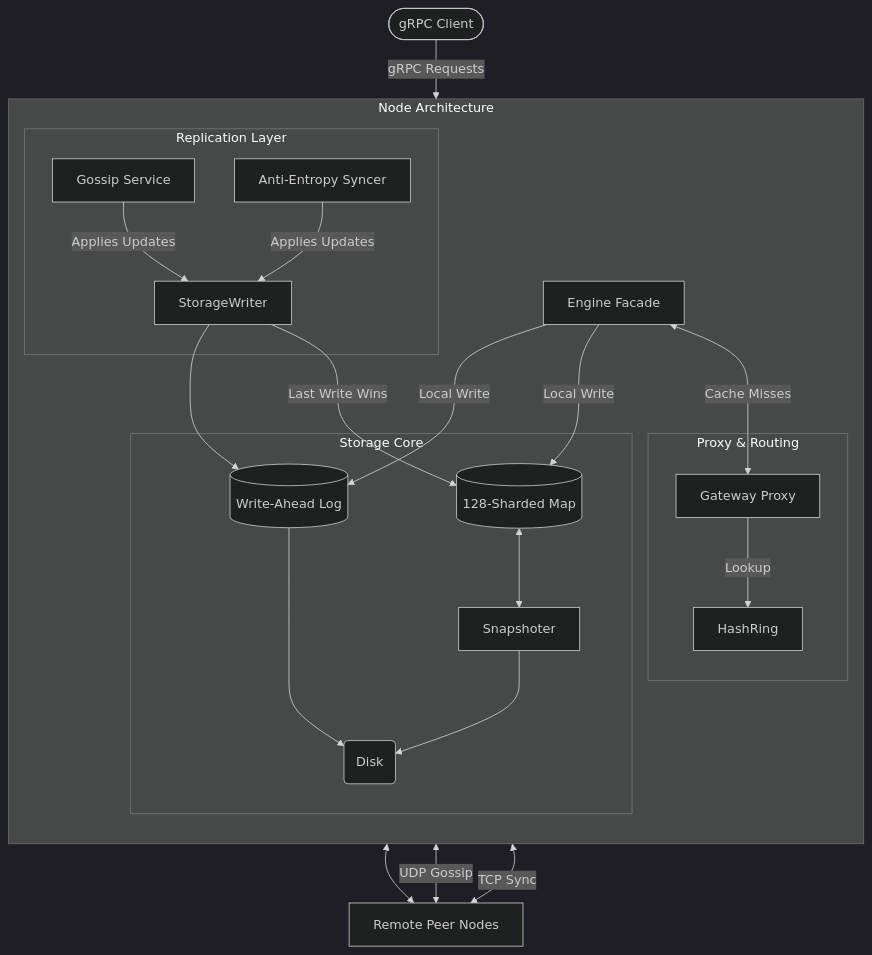
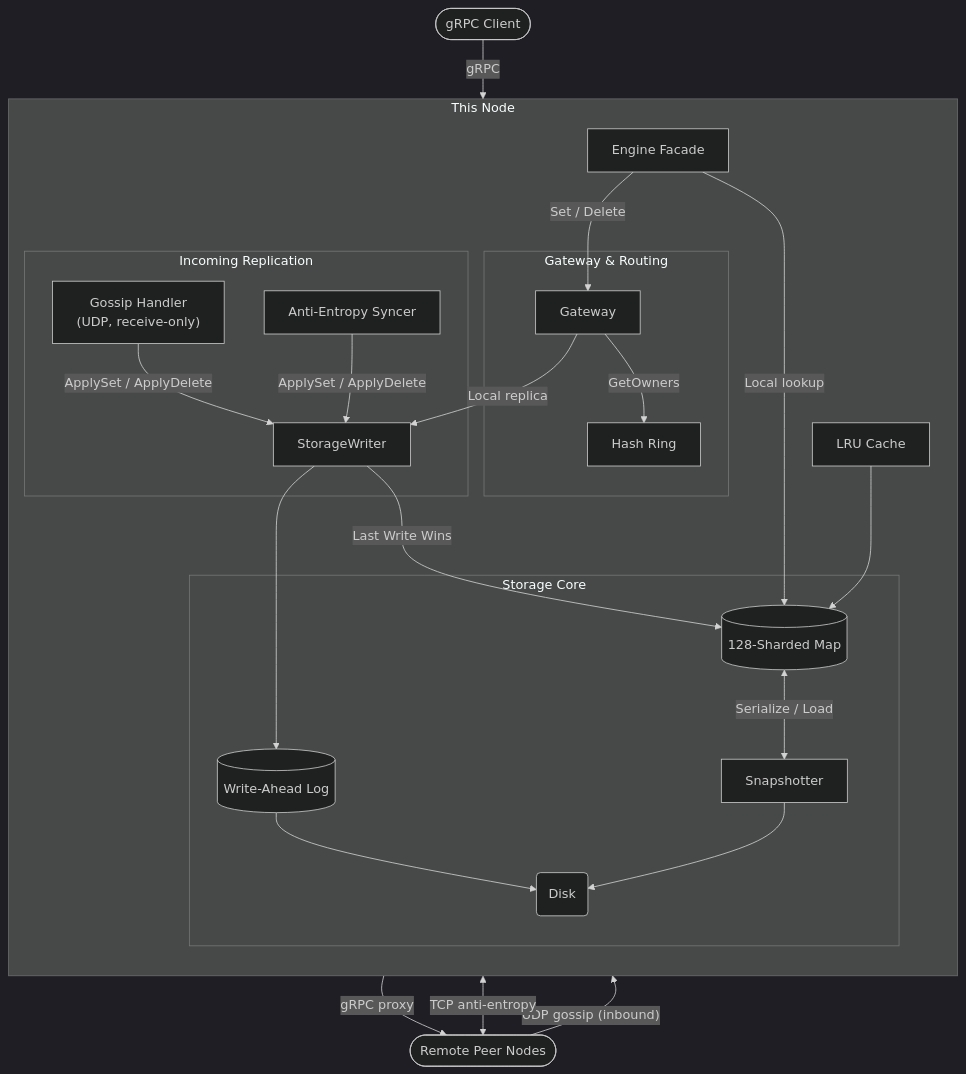
Before and after one commit to RoseWrightdev/dkv: the first of 3 diagrams in README.md, drawn with Mermaid (dark theme). The commit also changed other lines of this file, not shown here.

````diff
--- a/README.md
+++ b/README.md
@@ -19,44 +19,48 @@
 ```mermaid
 flowchart TD
-    Client([gRPC Client]) -->|gRPC Requests| Engine[Engine Facade]
-    
-    subgraph DKVNode[Node Architecture]
+    Client([gRPC Client]) -->|gRPC| Engine[Engine Facade]
+
+    subgraph Node[This Node]
         direction TB
-        
+
         subgraph Storage[Storage Core]
-            Disk(Disk)
-            Snapshot[Snapshoter]
             WAL[(Write-Ahead Log)]
             ShardedMap[(128-Sharded Map)]
+            Snapshot[Snapshotter]
+            Disk(Disk)
         end
-        
-        subgraph Routing[Proxy & Routing]
-            Gateway[Gateway Proxy]
-            Ring[HashRing]
+
+        subgraph Routing[Gateway & Routing]
+            Gateway[Gateway]
+            Ring[Hash Ring]
         end
-        
-        subgraph Replication[Replication Layer]
-            Gossip[Gossip Service]
+
+        subgraph Replication[Incoming Replication]
+            Gossip["Gossip Handler\n(UDP, receive-only)"]
             Syncer[Anti-Entropy Syncer]
             Writer[StorageWriter]
         end
-        
-        %% Internal Data Flow
+
+        Engine -->|"Set / Delete"| Gateway
+        Gateway -->|GetOwners| Ring
+        Gateway -->|"Local replica"| Writer
+        Writer -->|Last Write Wins| ShardedMap
+
+        Writer --> WAL
+        Engine -->|"Local lookup"| ShardedMap
+
+        Gossip -->|ApplySet / ApplyDelete| Writer
+        Syncer -->|ApplySet / ApplyDelete| Writer
+
         WAL --> Disk
         Snapshot --> Disk
-        ShardedMap <--> Snapshot
-        Engine -->|Local Write| WAL
-        Engine -->|Local Write| ShardedMap
-        Engine <-->|Cache Misses| Gateway
-        Gateway -->|Lookup| Ring
-        Gossip -->|Applies Updates| Writer
-        Syncer -->|Applies Updates| Writer
-        Writer --> WAL
-        Writer -->|Last Write Wins| ShardedMap
+        ShardedMap <-->|Serialize / Load| Snapshot
+        Evictor["LRU Cache"] --> ShardedMap
     end
-    
-    %% External Network Flow
-    Gateway <--> PeerNode[Remote Peer Nodes]
-    Gossip <-->|UDP Gossip| PeerNode
-    Syncer <-->|TCP Sync| PeerNode
+
+    Peers([Remote Peer Nodes])
+
+    Gateway -->|"gRPC proxy"| Peers([Remote Peer Nodes])
+    Peers -->|"UDP gossip (inbound)"| Gossip
+    Syncer <-->|TCP anti-entropy| Peers
 ```
````
